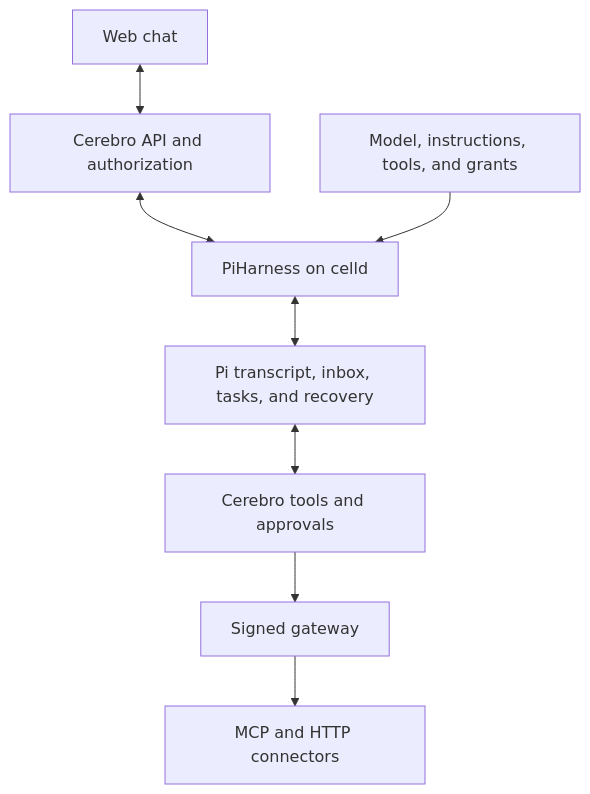
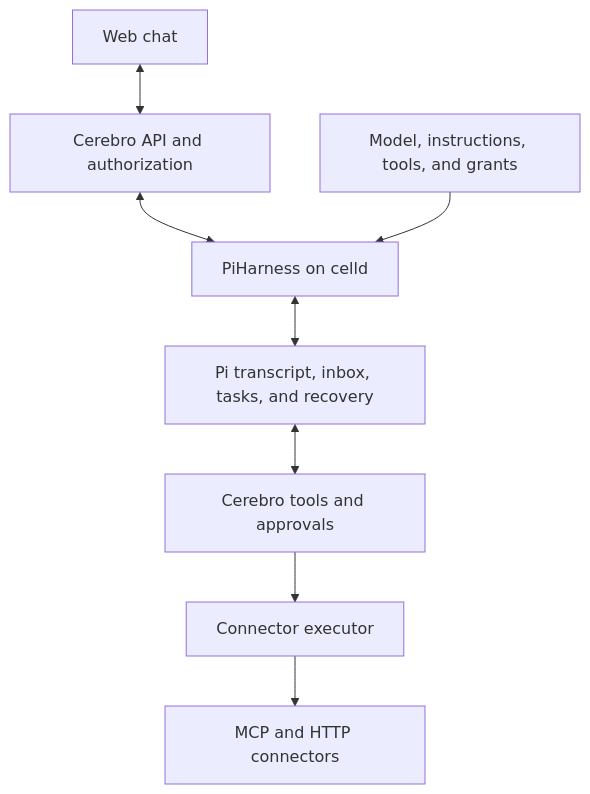
The diagram in docs/architecture/overview.md (jhonsfran/cerebro), drawn with Mermaid before and after one commit. The commit also changed other lines of this file and 33 other files, not shown here.

First line of the commit message:
refactor(tools): call connectors directly from the Pi tool

````diff
--- a/docs/architecture/overview.md
+++ b/docs/architecture/overview.md
@@ -7,10 +7,10 @@
 ```mermaid
 flowchart TD
     Web[Web chat] <--> API[Cerebro API and authorization]
     API <--> Host[PiHarness on celld]
     Config[Model, instructions, tools, and grants] --> Host
     Host <--> Pi[Pi transcript, inbox, tasks, and recovery]
     Pi <--> Tools[Cerebro tools and approvals]
-    Tools --> Gateway[Signed gateway]
-    Gateway --> Connectors[MCP and HTTP connectors]
+    Tools --> Connector[Connector executor]
+    Connector --> Connectors[MCP and HTTP connectors]
 ```
````
